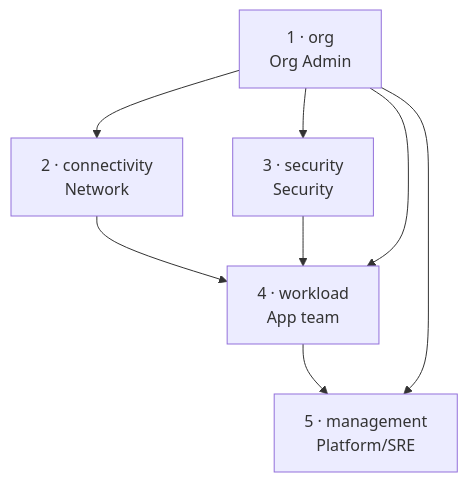
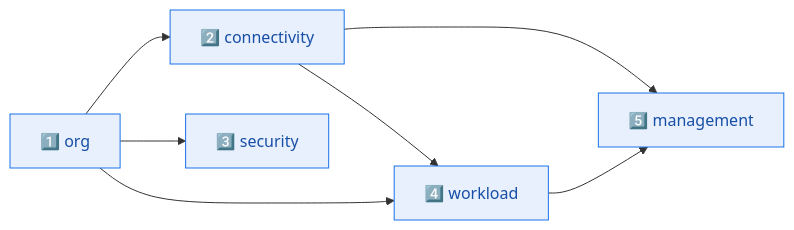
Before and after one commit to sontxdev04/Landing-Zone-GCP: the second of 2 diagrams in README.md, drawn with Mermaid. The commit also changed other lines of this file and 4 other files, not shown here.

````diff
--- a/README.md
+++ b/README.md
@@ -300,10 +152,11 @@
 ```mermaid
-graph TD
-    A[1 · org<br/>Org Admin] --> B[2 · connectivity<br/>Network]
-    A --> C[3 · security<br/>Security]
-    B --> D[4 · workload<br/>App team]
-    C --> D
+flowchart LR
+    A["1️⃣ org"] --> B["2️⃣ connectivity"]
+    A --> C["3️⃣ security"]
+    B --> D["4️⃣ workload"]
     A --> D
-    D --> E[5 · management<br/>Platform/SRE]
-    A --> E
+    B --> E["5️⃣ management"]
+    D --> E
+    classDef s fill:#e8f0fe,stroke:#1a73e8,color:#174ea6;
+    class A,B,C,D,E s;
 ```
````
